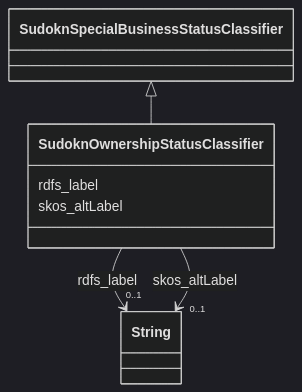
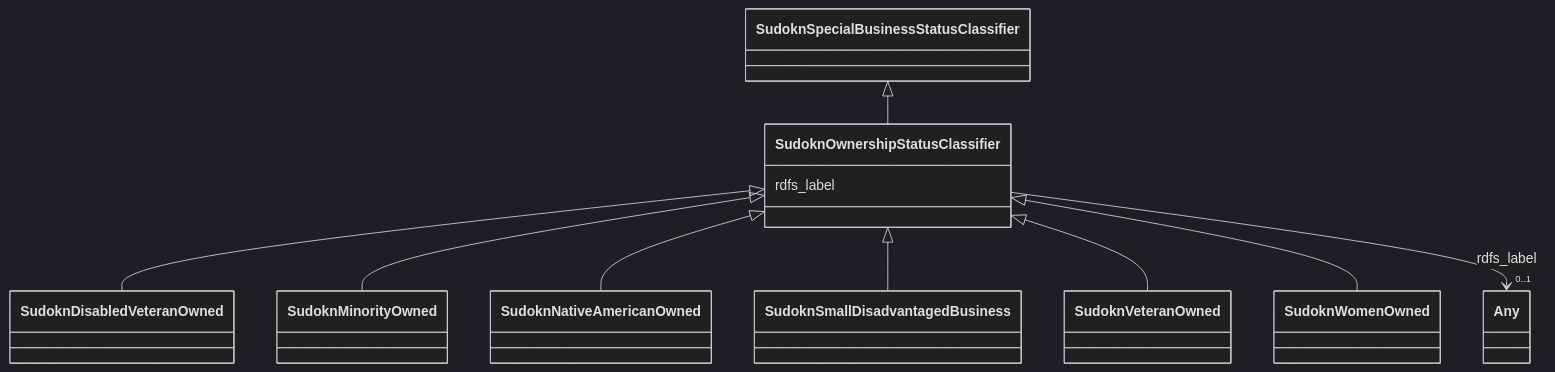
The diagram in sudokn-kg/classes/SudoknOwnershipStatusClassifier.md (frink-okn/graph-descriptions), drawn with Mermaid (dark theme) before and after one commit. The commit also changed other lines of this file and 903 other files, not shown here.

````diff
--- a/sudokn-kg/classes/SudoknOwnershipStatusClassifier.md
+++ b/sudokn-kg/classes/SudoknOwnershipStatusClassifier.md
@@ -23,27 +18,33 @@
 ```mermaid
  classDiagram
     class SudoknOwnershipStatusClassifier
     click SudoknOwnershipStatusClassifier href "../SudoknOwnershipStatusClassifier"
       SudoknSpecialBusinessStatusClassifier <|-- SudoknOwnershipStatusClassifier
         click SudoknSpecialBusinessStatusClassifier href "../SudoknSpecialBusinessStatusClassifier"
       
+
+      SudoknOwnershipStatusClassifier <|-- SudoknDisabledVeteranOwned
+        click SudoknDisabledVeteranOwned href "../SudoknDisabledVeteranOwned"
+      SudoknOwnershipStatusClassifier <|-- SudoknMinorityOwned
+        click SudoknMinorityOwned href "../SudoknMinorityOwned"
+      SudoknOwnershipStatusClassifier <|-- SudoknNativeAmericanOwned
+        click SudoknNativeAmericanOwned href "../SudoknNativeAmericanOwned"
+      SudoknOwnershipStatusClassifier <|-- SudoknSmallDisadvantagedBusiness
+        click SudoknSmallDisadvantagedBusiness href "../SudoknSmallDisadvantagedBusiness"
+      SudoknOwnershipStatusClassifier <|-- SudoknVeteranOwned
+        click SudoknVeteranOwned href "../SudoknVeteranOwned"
+      SudoknOwnershipStatusClassifier <|-- SudoknWomenOwned
+        click SudoknWomenOwned href "../SudoknWomenOwned"
+      
+      
       SudoknOwnershipStatusClassifier : rdfs_label
         
           
     
     
-    SudoknOwnershipStatusClassifier --> "0..1" String : rdfs_label
-    click String href "../String"
-
-        
-      SudoknOwnershipStatusClassifier : skos_altLabel
-        
-          
-    
-    
-    SudoknOwnershipStatusClassifier --> "0..1" String : skos_altLabel
-    click String href "../String"
+    SudoknOwnershipStatusClassifier --> "0..1" Any : rdfs_label
+    click Any href "../Any"
 
         
       
 ```
````
